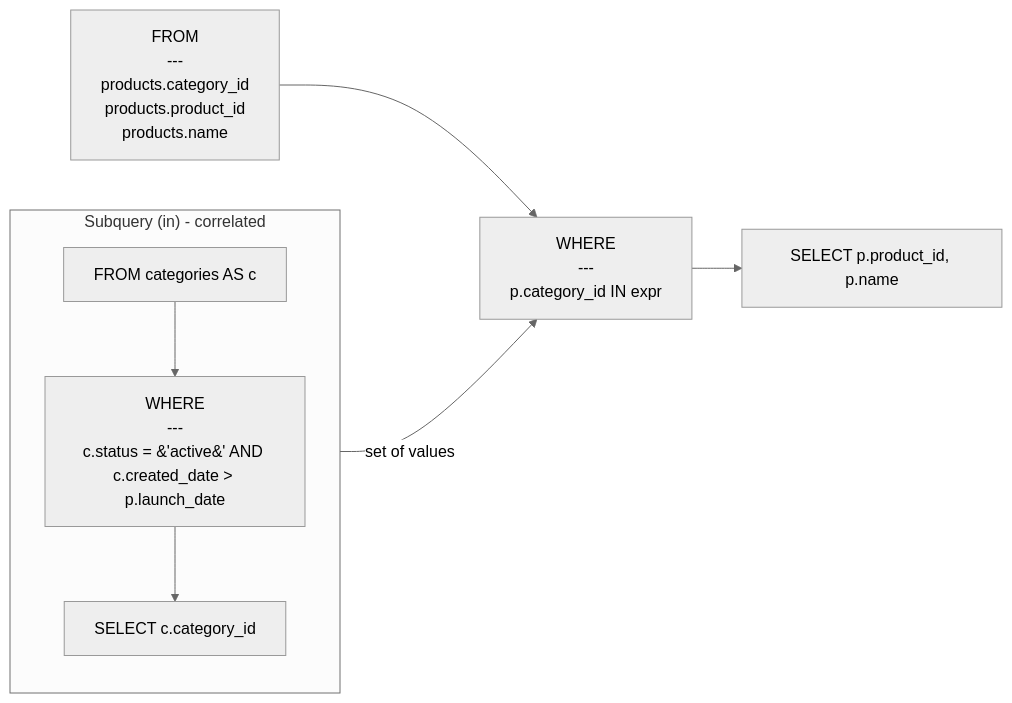
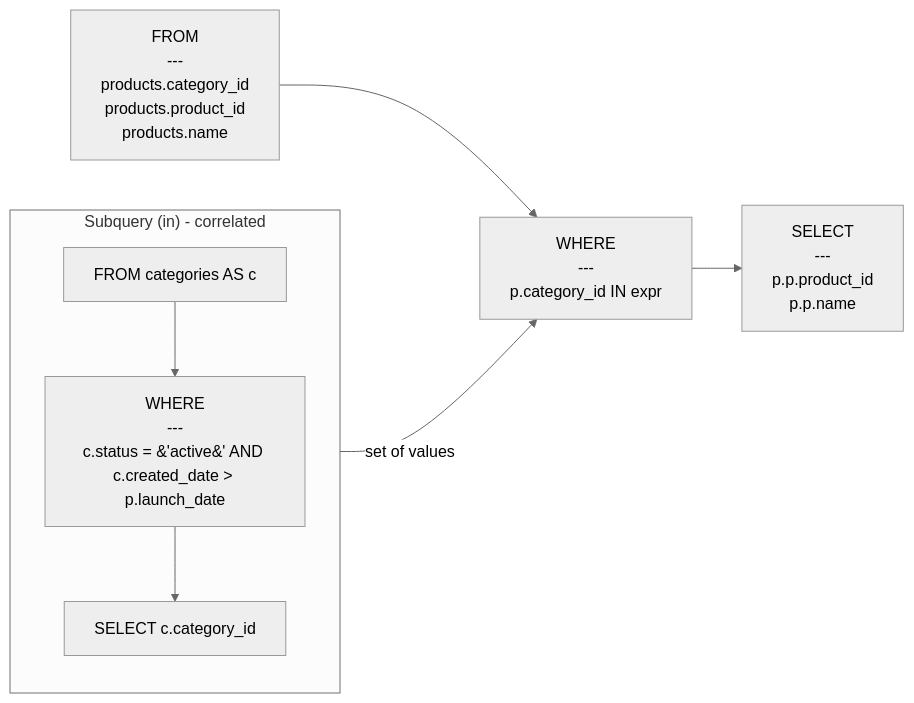
Before and after one commit to rot1024/sqloflow: the diagram in examples/subquery_in_correlated.mmd, drawn with Mermaid (neutral theme). The commit also changed 42 other files, not shown here.

```diff
--- a/examples/subquery_in_correlated.mmd
+++ b/examples/subquery_in_correlated.mmd
@@ -1,15 +1,15 @@
 flowchart LR
     node_0["FROM<br/>---<br/>products.category_id<br/>products.product_id<br/>products.name"]
     node_1["WHERE<br/>---<br/>p.category_id IN expr"]
     subgraph subquery_node_2 ["Subquery (in) - correlated"]
         direction TB
         subq_0_node_0[FROM categories AS c]
         subq_0_node_1["WHERE<br/>---<br/>c.status = &#39;active&#39; AND c.created_date &gt; p.launch_date"]
         subq_0_node_2["SELECT c.category_id"]
         subq_0_node_0 --> subq_0_node_1
         subq_0_node_1 --> subq_0_node_2
     end
     subq_0_node_2 -->|set of values| node_1
-    node_3["SELECT p.product_id, p.name"]
+    node_3["SELECT<br/>---<br/>p.p.product_id<br/>p.p.name"]
     node_0 --> node_1
     node_1 --> node_3
```
